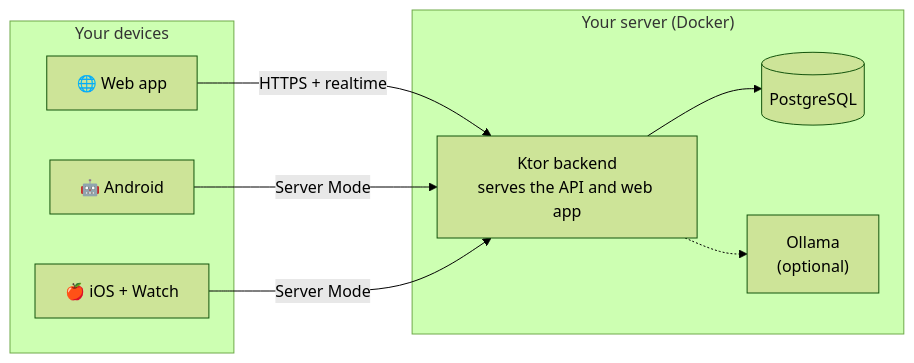
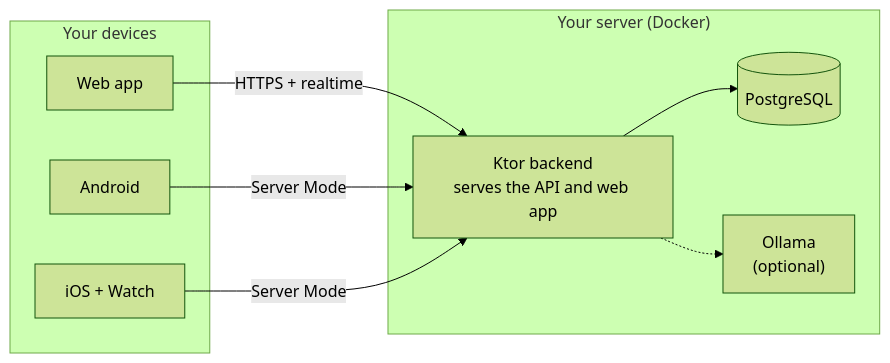
Before and after one commit to ohmzi/Tday: the diagram in README.md, drawn with Mermaid (forest theme). The commit also changed other lines of this file and 4 other files, not shown here.

````diff
--- a/README.md
+++ b/README.md
@@ -149,18 +156,18 @@
 ```mermaid
 flowchart LR
     subgraph devices["Your devices"]
-        web["🌐 Web app"]
-        android["🤖 Android"]
-        ios["🍎 iOS + Watch"]
+        web["Web app"]
+        android["Android"]
+        ios["iOS + Watch"]
     end
     subgraph server["Your server (Docker)"]
         backend["Ktor backend<br/>serves the API and web app"]
         db[("PostgreSQL")]
         ollama["Ollama<br/>(optional)"]
     end
     web -- "HTTPS + realtime" --> backend
     android -- "Server Mode" --> backend
     ios -- "Server Mode" --> backend
     backend --> db
     backend -.-> ollama
 ```
````
